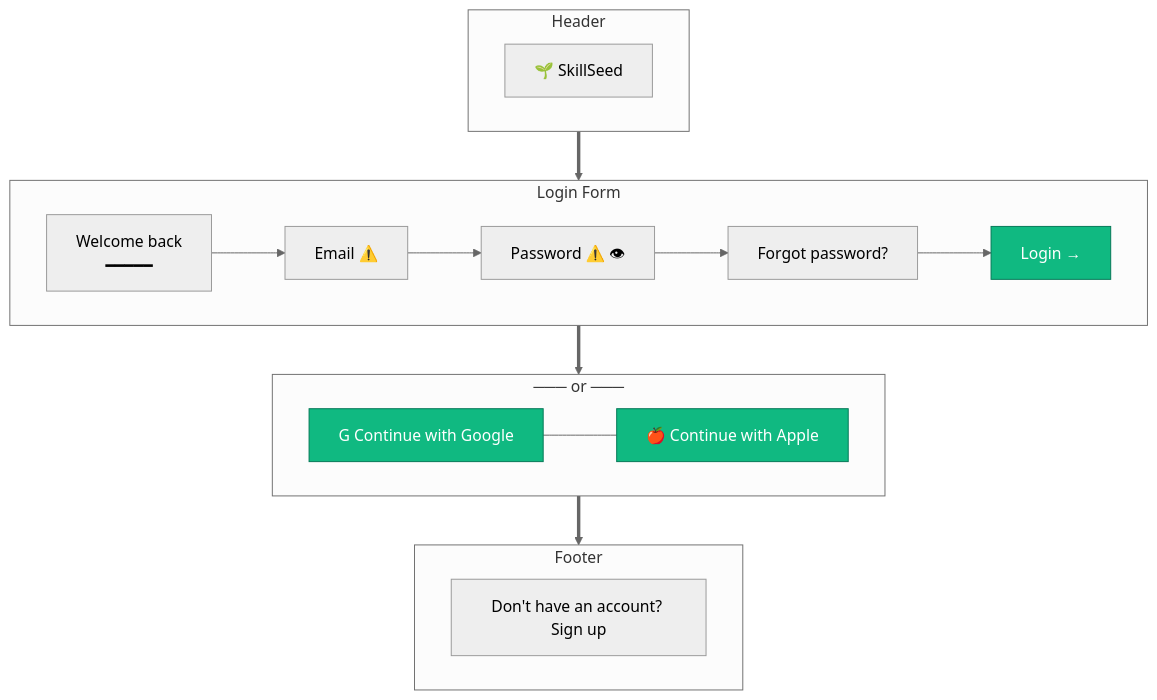
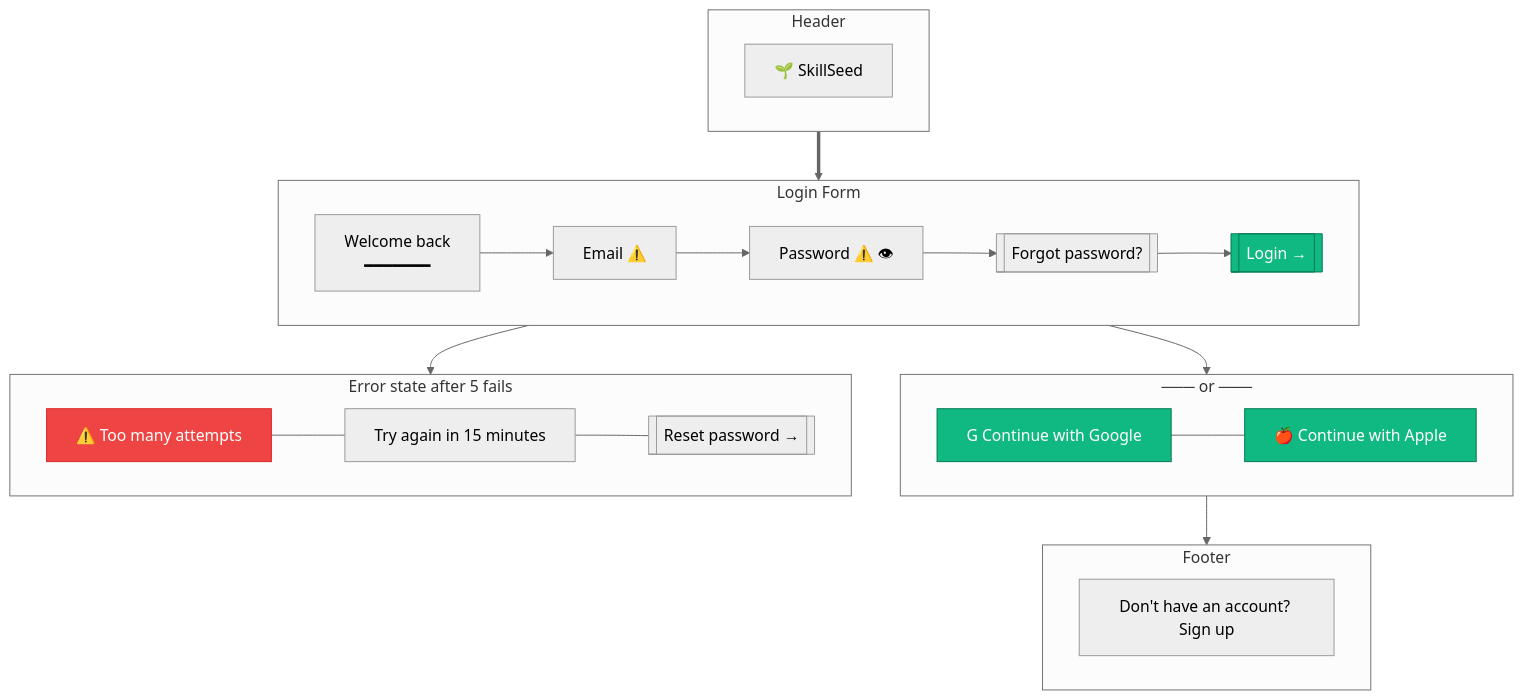
The diagram in mockups/01-auth/02-login.md (ngocnqph12806/agent-kilo-check), drawn with Mermaid (neutral theme) before and after one commit. The commit also changed other lines of this file and 30 other files, not shown here.

First line of the commit message:
docs: add Mermaid mockups batch 6 (Voice, AR, Support, Special states, Premium, Admin, Settings extras)

````diff
--- a/mockups/01-auth/02-login.md
+++ b/mockups/01-auth/02-login.md
@@ -6,36 +5,46 @@
 ```mermaid
 flowchart TB
     subgraph HEADER[Header]
         A[🌱 SkillSeed]
     end
 
     subgraph FORM[Login Form]
-        T1[Welcome back<br/>━━━━━]
+        T1[Welcome back<br/>━━━━━━━]
         F1[Email ⚠️]
         F2[Password ⚠️ 👁]
-        F3[Forgot password?]
-        F4[Login →]
+        F3[[Forgot password?]]
+        F4[[Login →]]
         T1 --> F1
         F1 --> F2
         F2 --> F3
         F3 --> F4
     end
 
     subgraph DIVIDER[─── or ───]
         D1[G  Continue with Google]
         D2[🍎 Continue with Apple]
         D1 --- D2
     end
 
-    subgraph FOOTER[Footer]
+    subgraph SIGNUP[Footer]
         FT[Don't have an account? Sign up]
     end
 
+    subgraph ERROR[Error state after 5 fails]
+        E1[⚠️ Too many attempts]
+        E2[Try again in 15 minutes]
+        E3[[Reset password →]]
+        E1 --- E2
+        E2 --- E3
+    end
+
     HEADER ==> FORM
-    FORM ==> DIVIDER
-    DIVIDER ==> FOOTER
+    FORM --> DIVIDER
+    DIVIDER --> SIGNUP
+    FORM --> ERROR
 
     classDef primary fill:#10B981,stroke:#047857,color:#fff
     classDef danger fill:#EF4444,stroke:#DC2626,color:#fff
     class F4,D1,D2 primary
+    class E1 danger
 ```
````
